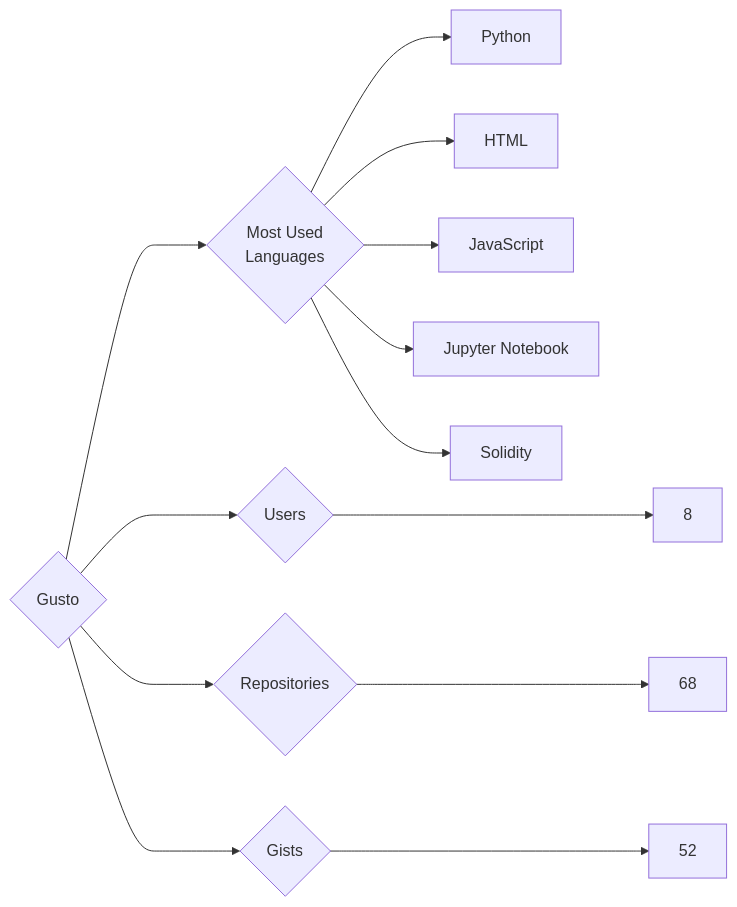
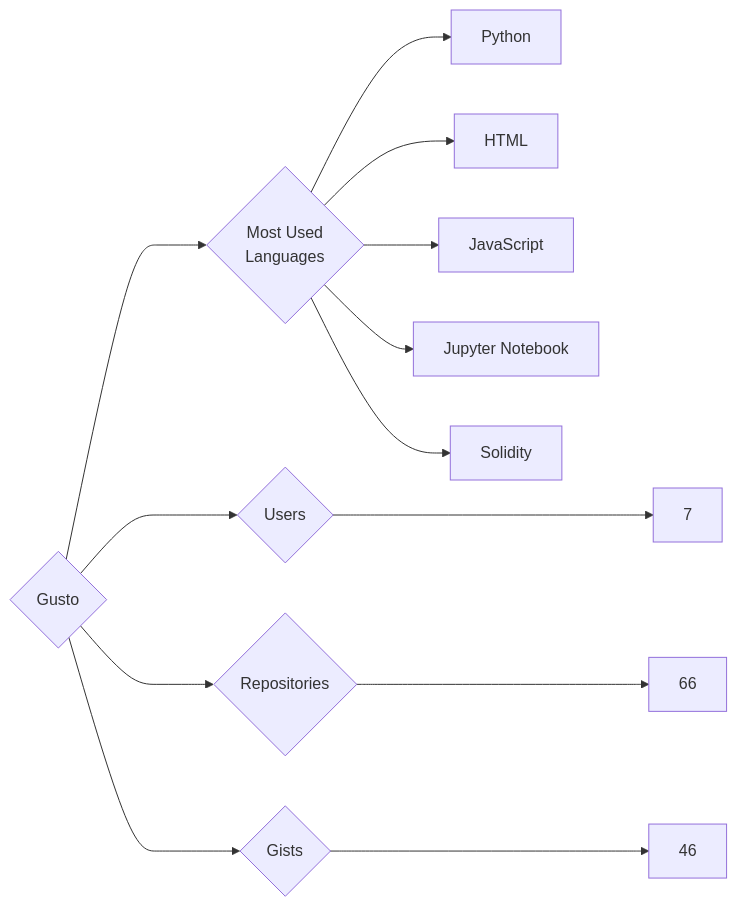
One commit to trickest/insiders changed the diagram in targets/Gusto/README.md. Above: the diagram before and after it, drawn with Mermaid. The commit also changed 997 other files, not shown here.

````diff
--- a/targets/Gusto/README.md
+++ b/targets/Gusto/README.md
@@ -3,13 +3,13 @@
 ```mermaid
 graph LR
 COMPANY_NAME{Gusto}
-COMPANY_NAME ---> U{Users} ---> UN[8]
-COMPANY_NAME ---> R{Repositories} ---> RN[68]
-COMPANY_NAME ---> G{Gists} ---> GN[52]
+COMPANY_NAME ---> U{Users} ---> UN[7]
+COMPANY_NAME ---> R{Repositories} ---> RN[66]
+COMPANY_NAME ---> G{Gists} ---> GN[46]
 COMPANY_NAME ---> ML{Most Used<br>Languages}
 ML --> Python[Python]
 ML --> HTML[HTML]
 ML --> JavaScript[JavaScript]
 ML --> Jupyter_Notebook[Jupyter Notebook]
 ML --> Solidity[Solidity]
 ```
````
